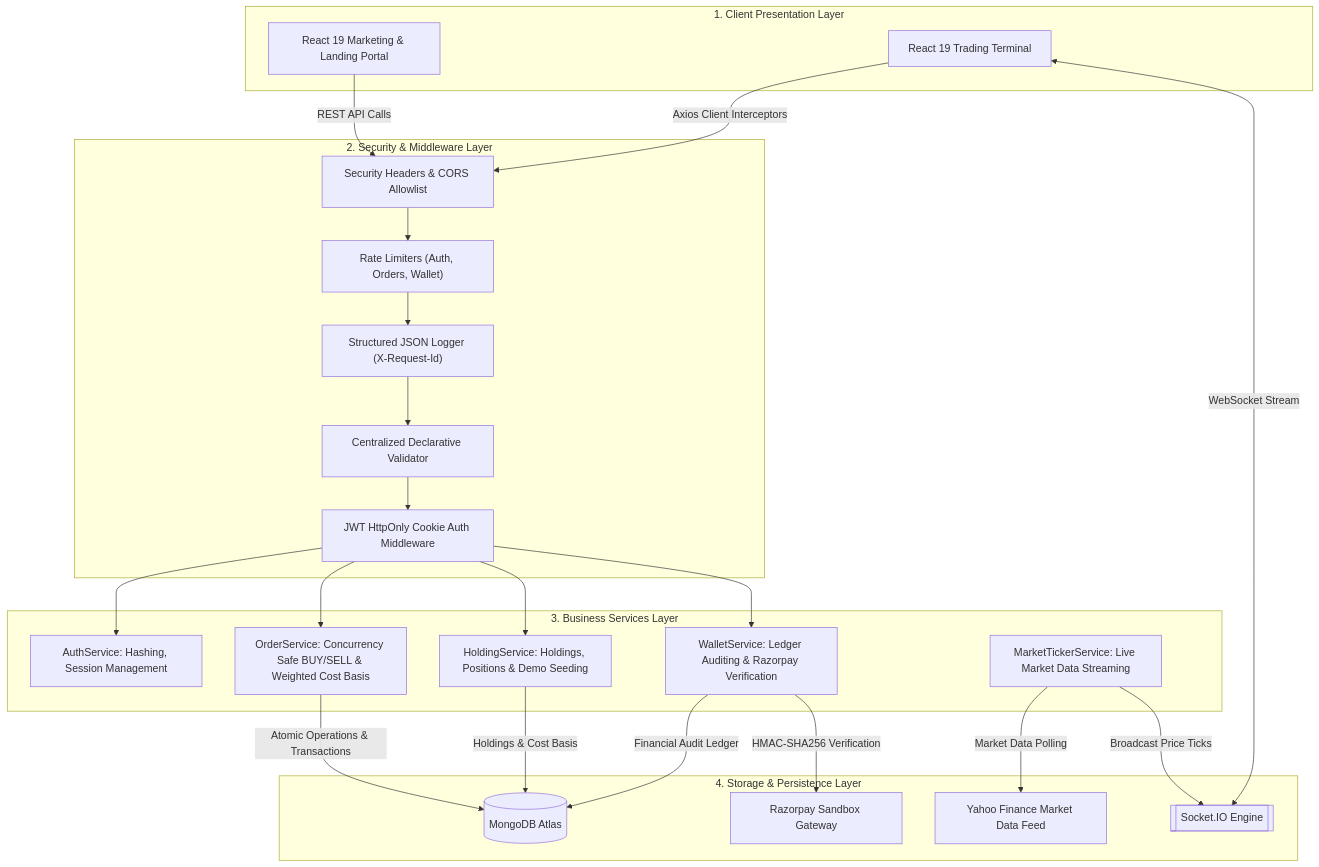
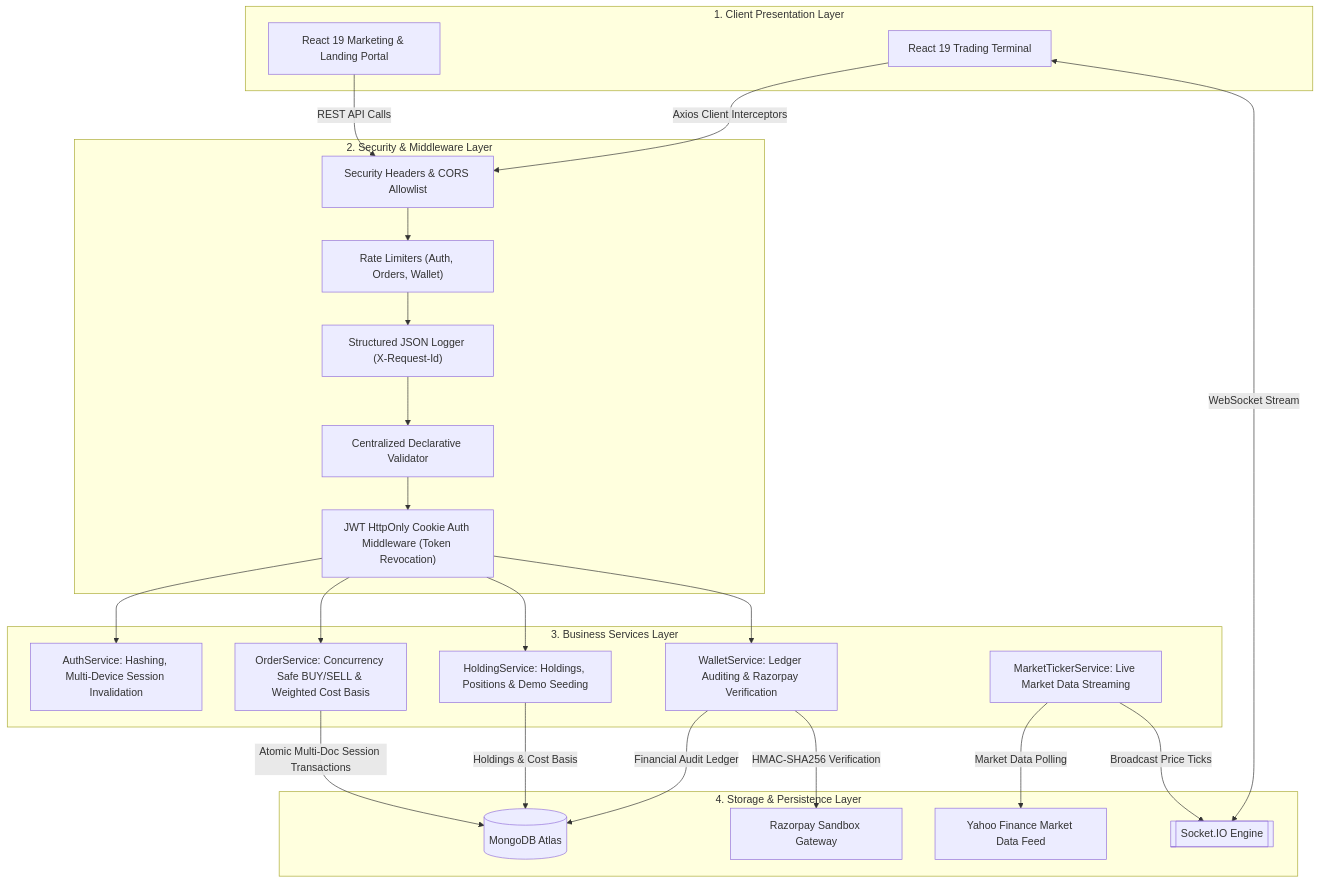
The first of 2 diagrams in README.md (Sekhar01807/Trading-platform), drawn with Mermaid before and after one commit. The commit also changed other lines of this file and 18 other files, not shown here.

Commit message:
fix(security & core): remove CI fallback secrets, add tokenVersion revocation, enforce tradable symbols whitelist, upgrade to Node 20 LTS, and harden production gates

````diff
--- a/README.md
+++ b/README.md
@@ -66,47 +66,47 @@
 ```mermaid
 flowchart TB
     subgraph ClientLayer [1. Client Presentation Layer]
         FE["React 19 Marketing & Landing Portal"]
         DASH["React 19 Trading Terminal"]
     end
 
     subgraph SecurityLayer [2. Security & Middleware Layer]
         SEC["Security Headers & CORS Allowlist"]
         RL["Rate Limiters (Auth, Orders, Wallet)"]
         LOG["Structured JSON Logger (X-Request-Id)"]
         VAL["Centralized Declarative Validator"]
-        AUTH["JWT HttpOnly Cookie Auth Middleware"]
+        AUTH["JWT HttpOnly Cookie Auth Middleware (Token Revocation)"]
     end
 
     subgraph ServiceLayer [3. Business Services Layer]
-        AUTH_SVC["AuthService: Hashing, Session Management"]
+        AUTH_SVC["AuthService: Hashing, Multi-Device Session Invalidation"]
         ORDER_SVC["OrderService: Concurrency Safe BUY/SELL & Weighted Cost Basis"]
         HOLDING_SVC["HoldingService: Holdings, Positions & Demo Seeding"]
         WALLET_SVC["WalletService: Ledger Auditing & Razorpay Verification"]
         TICKER_SVC["MarketTickerService: Live Market Data Streaming"]
     end
 
     subgraph DataLayer [4. Storage & Persistence Layer]
         MONGO[("MongoDB Atlas")]
         SOCKET[["Socket.IO Engine"]]
         YAHOO["Yahoo Finance Market Data Feed"]
         RZP["Razorpay Sandbox Gateway"]
     end
 
     FE -->|REST API Calls| SEC
     DASH -->|Axios Client Interceptors| SEC
     DASH <-->|WebSocket Stream| SOCKET
 
     SEC --> RL --> LOG --> VAL --> AUTH
     AUTH --> AUTH_SVC
     AUTH --> ORDER_SVC
     AUTH --> HOLDING_SVC
     AUTH --> WALLET_SVC
 
-    ORDER_SVC -->|Atomic Operations & Transactions| MONGO
+    ORDER_SVC -->|Atomic Multi-Doc Session Transactions| MONGO
     WALLET_SVC -->|Financial Audit Ledger| MONGO
     WALLET_SVC -->|HMAC-SHA256 Verification| RZP
     HOLDING_SVC -->|Holdings & Cost Basis| MONGO
     TICKER_SVC -->|Market Data Polling| YAHOO
     TICKER_SVC -->|Broadcast Price Ticks| SOCKET
 ```
````
